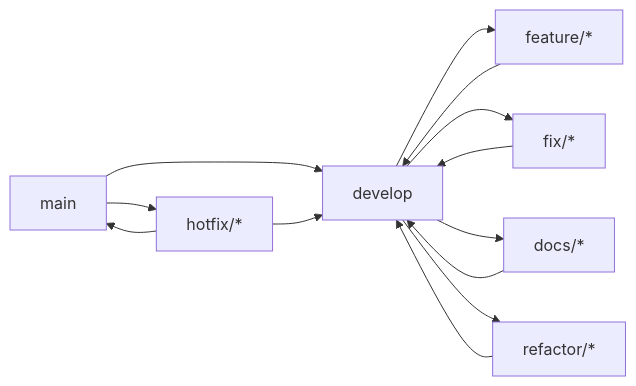
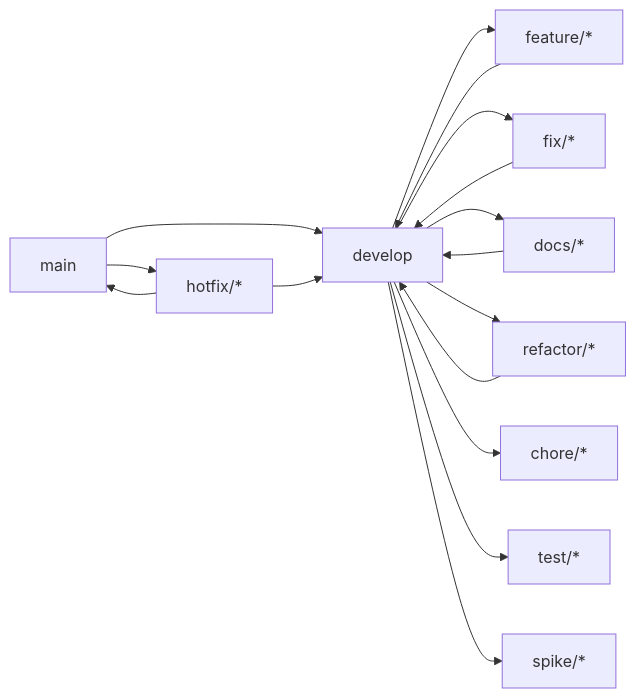
One commit to ryo-chan-k6/GiftRecommendAPP_MVP_CYCLE_3 changed the first of 3 diagrams in docs/05_アプリケーション設計/共通/ブランチ戦略設計書.md. Above: the diagram before and after it, drawn with Mermaid. The commit also changed other lines of this file, not shown here.

````diff
--- a/docs/05_アプリケーション設計/共通/ブランチ戦略設計書.md
+++ b/docs/05_アプリケーション設計/共通/ブランチ戦略設計書.md
@@ -92,15 +92,18 @@
 ```mermaid
 flowchart LR
     A[main] --> B[develop]
     B --> C[feature/*]
     B --> D[fix/*]
     B --> E[docs/*]
     B --> F[refactor/*]
-    A --> G[hotfix/*]
+    B --> G[chore/*]
+    B --> H[test/*]
+    B --> I[spike/*]
+    A --> J[hotfix/*]
     C --> B
     D --> B
     E --> B
     F --> B
-    G --> A
-    G --> B
+    J --> A
+    J --> B
 ```
````
